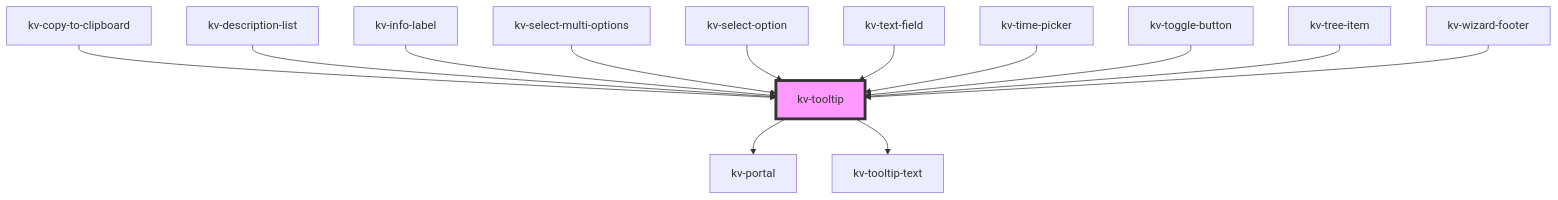
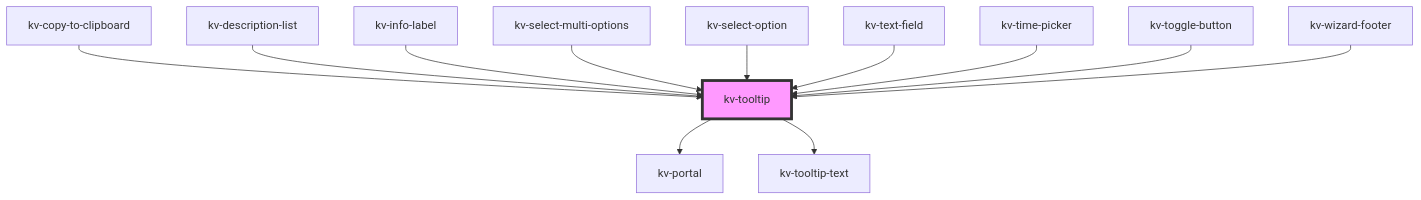
One commit to kelvininc/ui-components changed the diagram in packages/ui-components/src/components/tooltip/readme.md. Above: the diagram before and after it, drawn with Mermaid. The commit also changed other lines of this file and 57 other files, not shown here.

````diff
--- a/packages/ui-components/src/components/tooltip/readme.md
+++ b/packages/ui-components/src/components/tooltip/readme.md
@@ -83,16 +82,15 @@
 ```mermaid
 graph TD;
   kv-tooltip --> kv-portal
   kv-tooltip --> kv-tooltip-text
   kv-copy-to-clipboard --> kv-tooltip
   kv-description-list --> kv-tooltip
   kv-info-label --> kv-tooltip
   kv-select-multi-options --> kv-tooltip
   kv-select-option --> kv-tooltip
   kv-text-field --> kv-tooltip
   kv-time-picker --> kv-tooltip
   kv-toggle-button --> kv-tooltip
-  kv-tree-item --> kv-tooltip
   kv-wizard-footer --> kv-tooltip
   style kv-tooltip fill:#f9f,stroke:#333,stroke-width:4px
 ```
````
